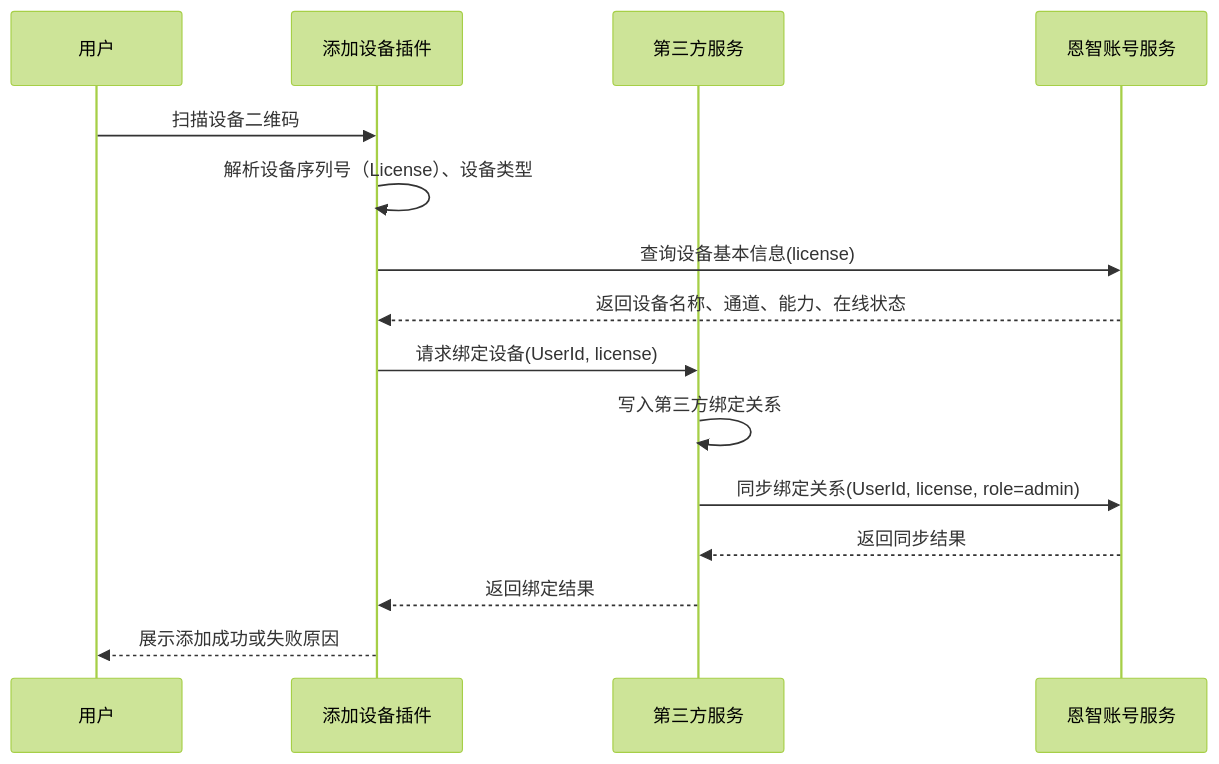
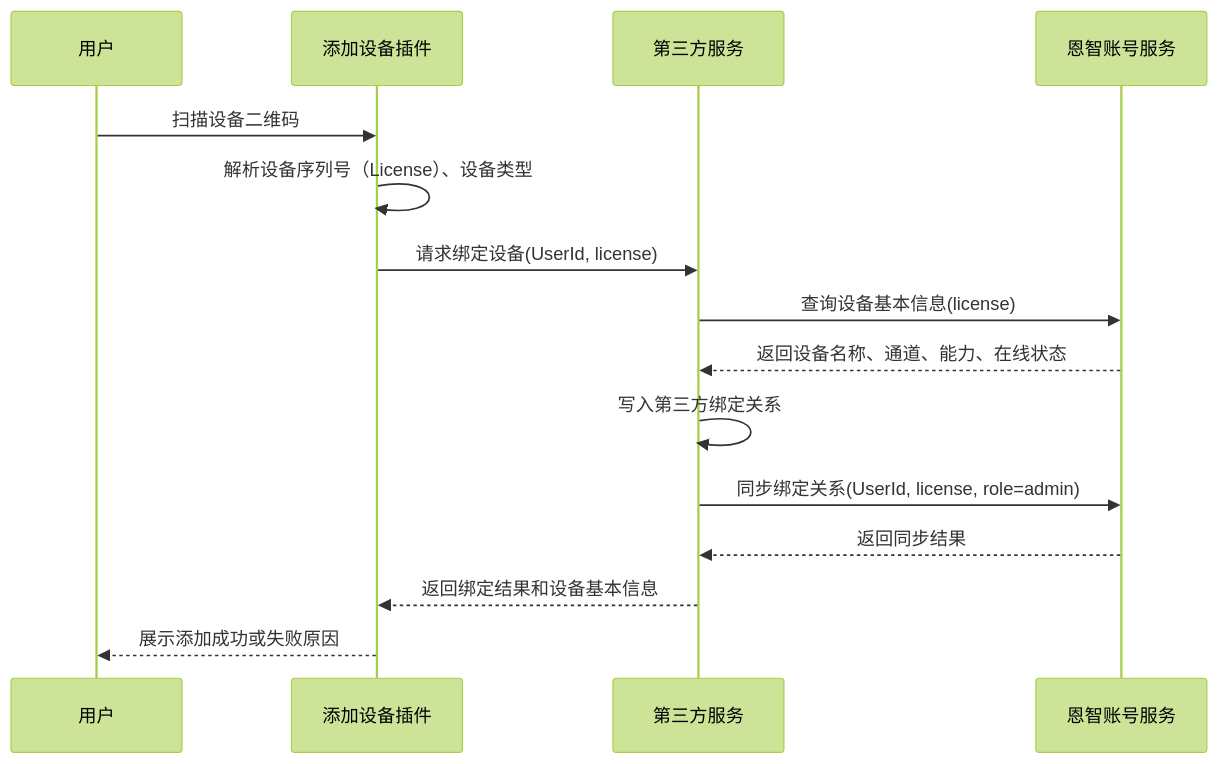
One commit to itmanlee/IoT-Device-Plugin-Framework changed the fifth of 15 diagrams in App端物联网设备模块插件化开发方案.md. Above: the diagram before and after it, drawn with Mermaid (forest theme). The commit also changed other lines of this file, not shown here.

````diff
--- a/App端物联网设备模块插件化开发方案.md
+++ b/App端物联网设备模块插件化开发方案.md
@@ -198,18 +203,18 @@
 ```mermaid
 sequenceDiagram
     participant User as 用户
     participant Plugin as 添加设备插件
     participant TP as 第三方服务
     participant EZ as 恩智账号服务
 
     User->>Plugin: 扫描设备二维码
     Plugin->>Plugin: 解析设备序列号（License）、设备类型
-    Plugin->>EZ: 查询设备基本信息(license)
-    EZ-->>Plugin: 返回设备名称、通道、能力、在线状态
     Plugin->>TP: 请求绑定设备(UserId, license)
+    TP->>EZ: 查询设备基本信息(license)
+    EZ-->>TP: 返回设备名称、通道、能力、在线状态
     TP->>TP: 写入第三方绑定关系
     TP->>EZ: 同步绑定关系(UserId, license, role=admin)
     EZ-->>TP: 返回同步结果
-    TP-->>Plugin: 返回绑定结果
+    TP-->>Plugin: 返回绑定结果和设备基本信息
     Plugin-->>User: 展示添加成功或失败原因
 ```
````
